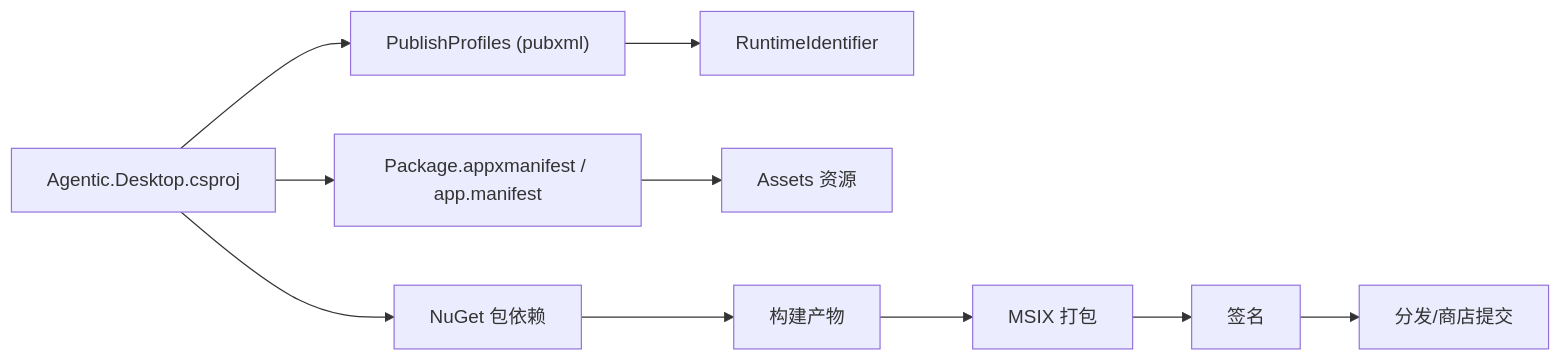
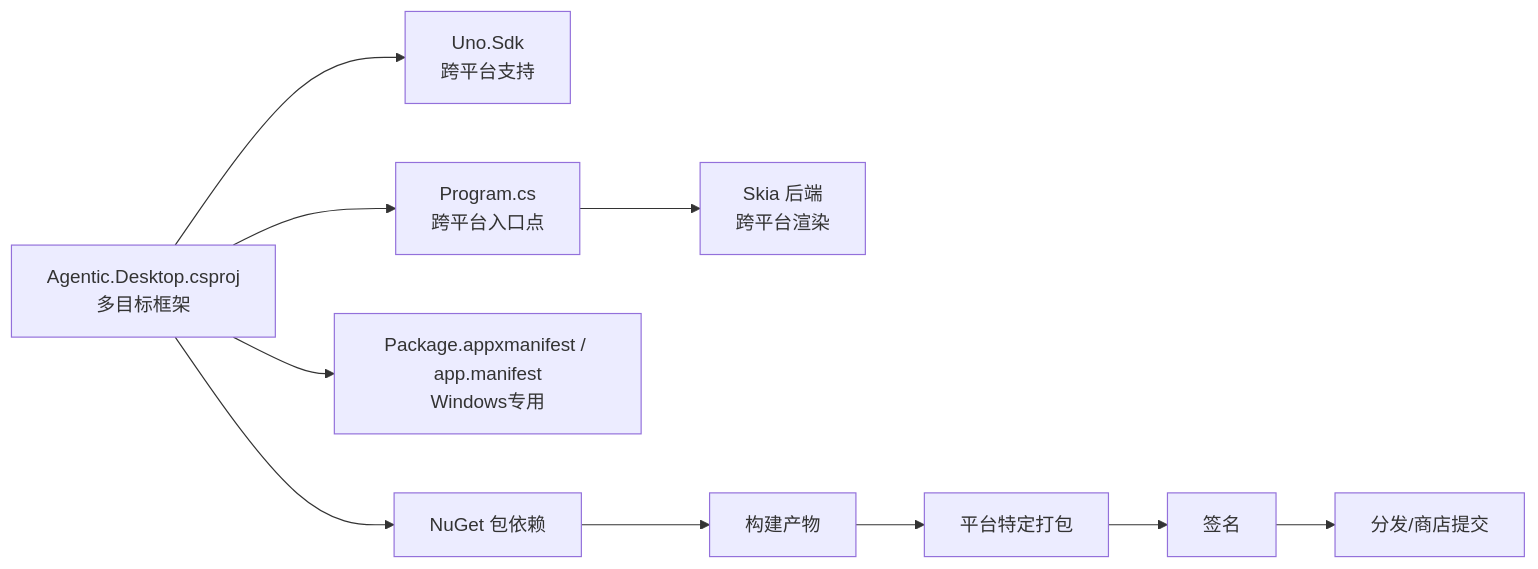
The seventh of 7 diagrams in .qoder/repowiki/zh/content/开发指南/部署发布.md (AgenticDesktop/App), drawn with Mermaid before and after one commit. The commit also changed other lines of this file and 108 other files, not shown here.

First line of the commit message:
Add support for Uno Desktop and WinUI 3 build scripts

````diff
--- a/.qoder/repowiki/zh/content/开发指南/部署发布.md
+++ b/.qoder/repowiki/zh/content/开发指南/部署发布.md
@@ -328,12 +380,12 @@
 ```mermaid
 graph LR
-Proj["Agentic.Desktop.csproj"] --> Deps["NuGet 包依赖"]
-Proj --> Manifests["Package.appxmanifest / app.manifest"]
-Proj --> Profiles["PublishProfiles (pubxml)"]
-Profiles --> RID["RuntimeIdentifier"]
-Manifests --> Assets["Assets 资源"]
+Proj["Agentic.Desktop.csproj<br/>多目标框架"] --> Uno["Uno.Sdk<br/>跨平台支持"]
+Proj --> Deps["NuGet 包依赖"]
+Proj --> Manifests["Package.appxmanifest / app.manifest<br/>Windows专用"]
+Proj --> Program["Program.cs<br/>跨平台入口点"]
+Program --> Skia["Skia 后端<br/>跨平台渲染"]
 Deps --> Build["构建产物"]
-Build --> Pack["MSIX 打包"]
+Build --> Pack["平台特定打包"]
 Pack --> Sign["签名"]
 Sign --> Distribute["分发/商店提交"]
 ```
````
